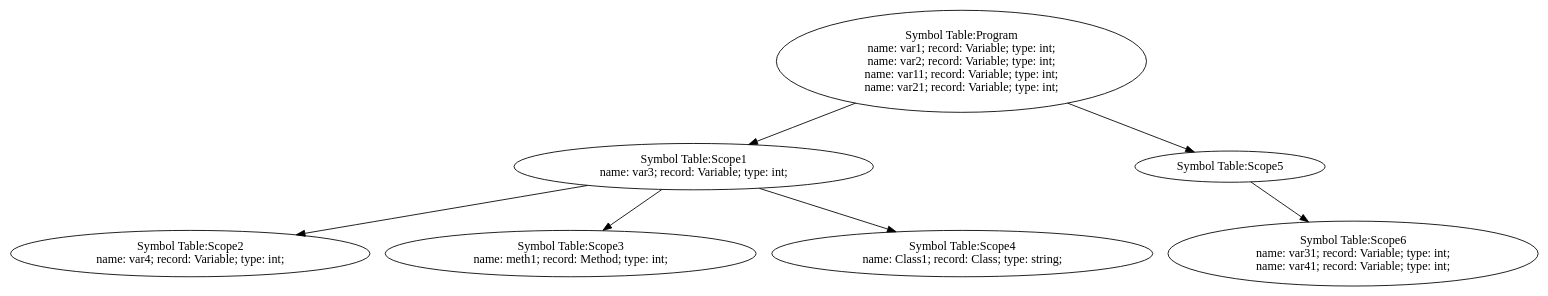
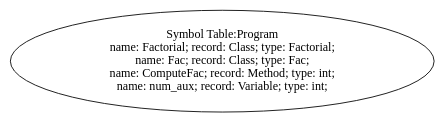
One commit to moondog-matthew/compiler-dv1655 changed the diagram in lab2/st-tree.dot. Above: the diagram before and after it, drawn with Graphviz. The commit also changed 8 other files, not shown here.

```diff
--- a/lab2/st-tree.dot
+++ b/lab2/st-tree.dot
@@ -1,25 +1,7 @@
 digraph {
 n0 [label="Symbol Table:Program
-name: var1; record: Variable; type: int;
-name: var2; record: Variable; type: int;
-name: var11; record: Variable; type: int;
-name: var21; record: Variable; type: int;"];
-n1 [label="Symbol Table:Scope1
-name: var3; record: Variable; type: int;"];
-n2 [label="Symbol Table:Scope2
-name: var4; record: Variable; type: int;"];
-n1 -> n2
-n3 [label="Symbol Table:Scope3
-name: meth1; record: Method; type: int;"];
-n1 -> n3
-n4 [label="Symbol Table:Scope4
-name: Class1; record: Class; type: string;"];
-n1 -> n4
-n0 -> n1
-n5 [label="Symbol Table:Scope5"];
-n6 [label="Symbol Table:Scope6
-name: var31; record: Variable; type: int;
-name: var41; record: Variable; type: int;"];
-n5 -> n6
-n0 -> n5
+name: Factorial; record: Class; type: Factorial;
+name: Fac; record: Class; type: Fac;
+name: ComputeFac; record: Method; type: int;
+name: num_aux; record: Variable; type: int;"];
 }
```
